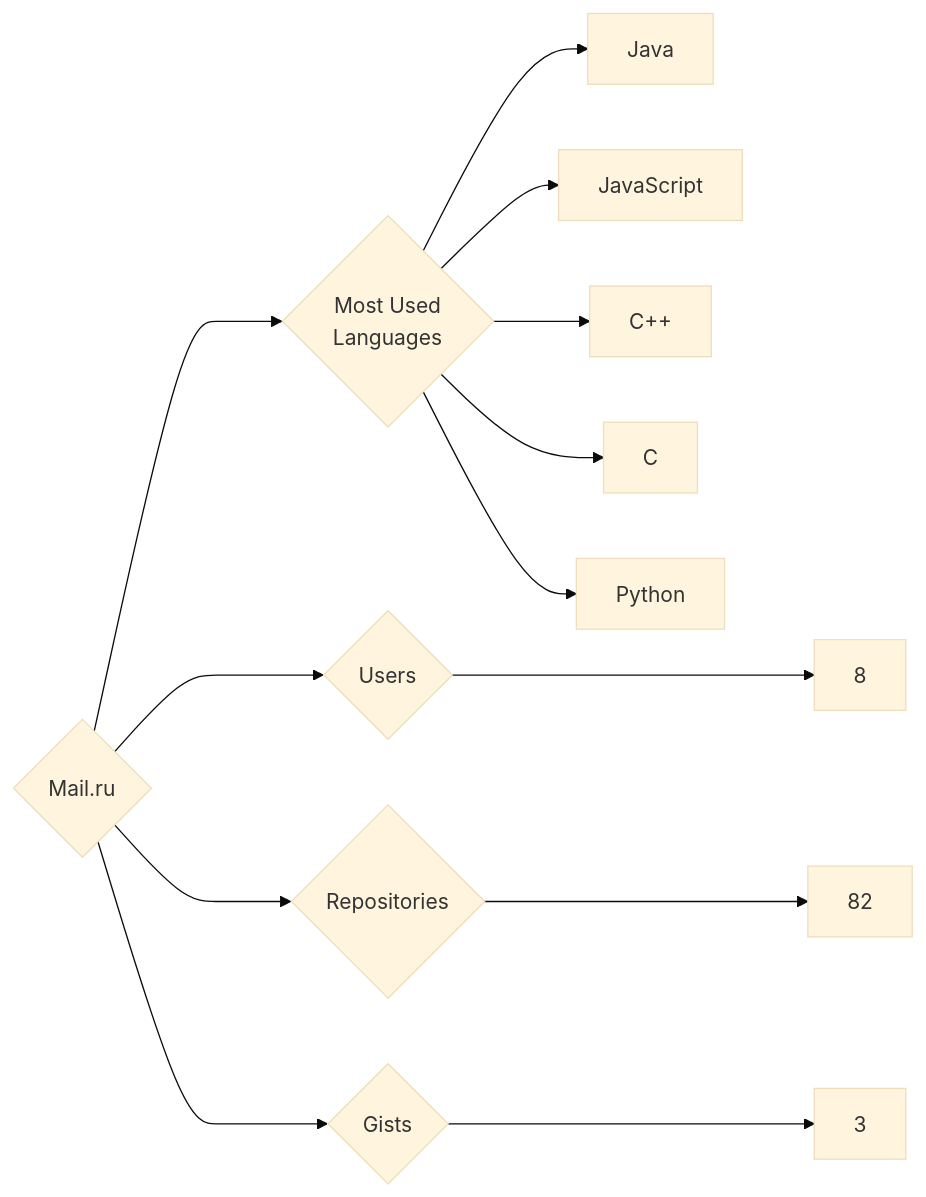
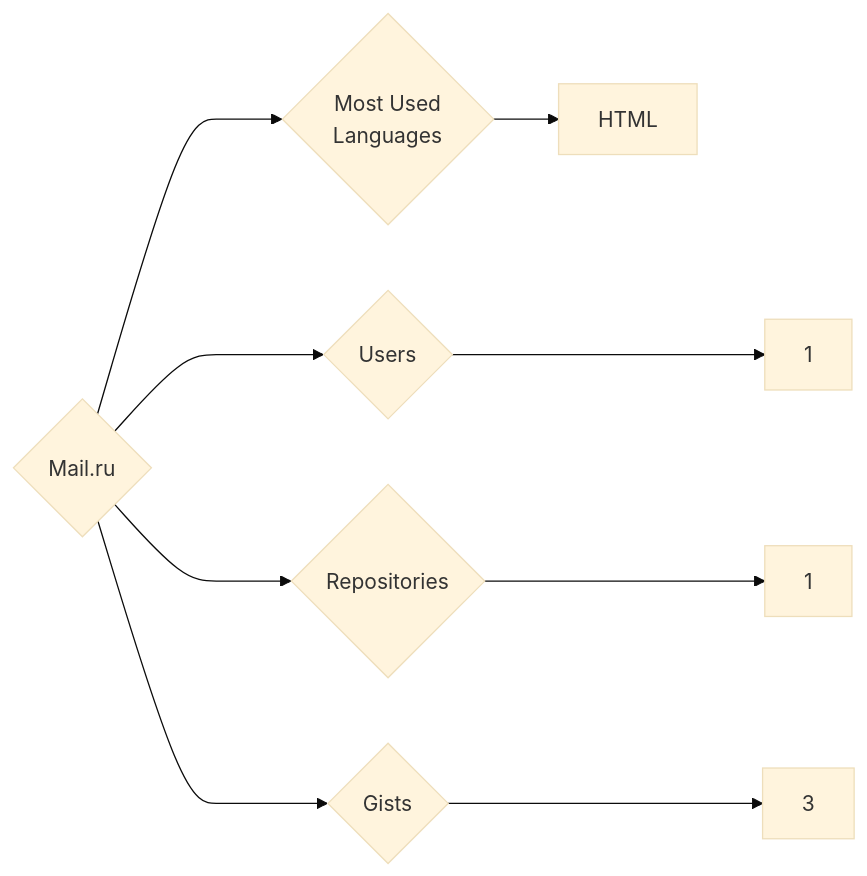
The diagram in targets/Mail.ru/README.md (trickest/insiders), drawn with Mermaid (base theme) before and after one commit. The commit also changed 597 other files, not shown here.

````diff
--- a/targets/Mail.ru/README.md
+++ b/targets/Mail.ru/README.md
@@ -3,13 +3,9 @@
 ```mermaid
 graph LR
 COMPANY_NAME{Mail.ru}
-COMPANY_NAME ---> U{Users} ---> UN[8]
-COMPANY_NAME ---> R{Repositories} ---> RN[82]
+COMPANY_NAME ---> U{Users} ---> UN[1]
+COMPANY_NAME ---> R{Repositories} ---> RN[1]
 COMPANY_NAME ---> G{Gists} ---> GN[3]
 COMPANY_NAME ---> ML{Most Used<br>Languages}
-ML --> Java[Java]
-ML --> JavaScript[JavaScript]
-ML --> C++[C++]
-ML --> C[C]
-ML --> Python[Python]
+ML --> HTML[HTML]
 ```
````
